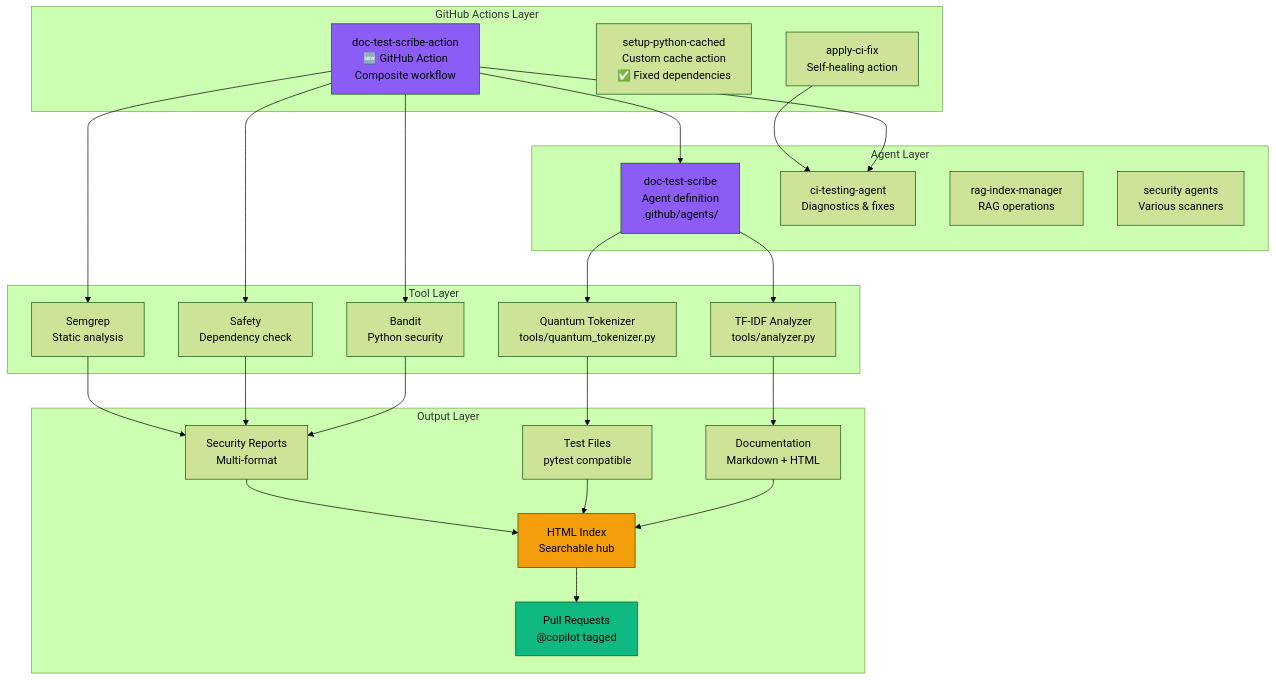
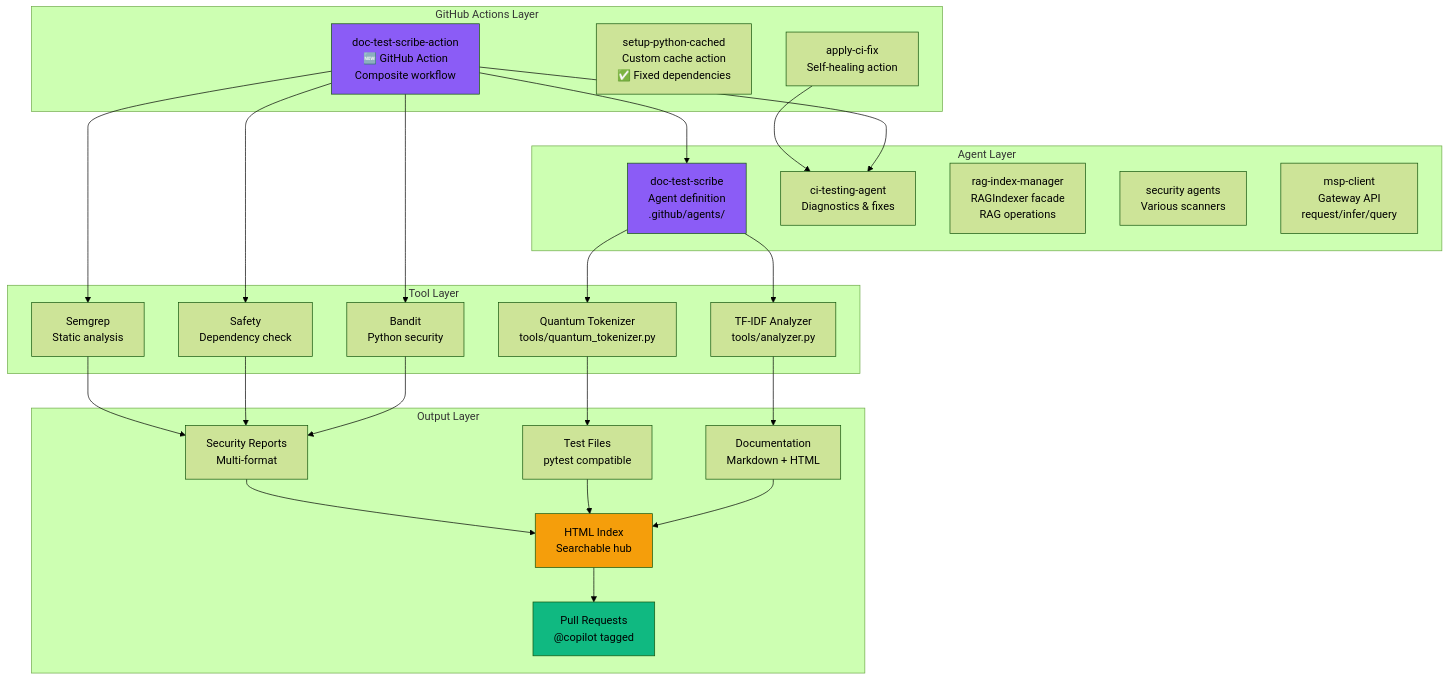
Before and after one commit to Aries-Serpent/_codex_: the seventh of 13 diagrams in docs/REPOSITORY_ARCHITECTURE_DIAGRAMS.md, drawn with Mermaid (forest theme). The commit also changed other lines of this file and 9 other files, not shown here.

First line of the commit message:
S83: Implement marshmallow 3→4 upgrade (PR #3287), make great-expectations optional, update diagrams/READMEs/knowledge-graph/cognitive-brain

````diff
--- a/docs/REPOSITORY_ARCHITECTURE_DIAGRAMS.md
+++ b/docs/REPOSITORY_ARCHITECTURE_DIAGRAMS.md
@@ -406,61 +406,62 @@
 ```mermaid
 graph TB
     subgraph "GitHub Actions Layer"
         DTS_ACTION[doc-test-scribe-action<br/>🆕 GitHub Action<br/>Composite workflow]
         SPC_ACTION[setup-python-cached<br/>Custom cache action<br/>✅ Fixed dependencies]
         FIX_ACTION[apply-ci-fix<br/>Self-healing action]
     end
     
     subgraph "Agent Layer"
         DTS_AGENT[doc-test-scribe<br/>Agent definition<br/>.github/agents/]
         CI_AGENT[ci-testing-agent<br/>Diagnostics & fixes]
-        RAG_AGENT[rag-index-manager<br/>RAG operations]
+        RAG_AGENT[rag-index-manager<br/>RAGIndexer facade<br/>RAG operations]
         SEC_AGENT[security agents<br/>Various scanners]
+        MSP_AGENT[msp-client<br/>Gateway API<br/>request/infer/query]
     end
     
     subgraph "Tool Layer"
         ANALYZER[TF-IDF Analyzer<br/>tools/analyzer.py]
         TOKENIZER[Quantum Tokenizer<br/>tools/quantum_tokenizer.py]
         BANDIT[Bandit<br/>Python security]
         SAFETY[Safety<br/>Dependency check]
         SEMGREP[Semgrep<br/>Static analysis]
     end
     
     subgraph "Output Layer"
         DOCS[Documentation<br/>Markdown + HTML]
         TESTS[Test Files<br/>pytest compatible]
         INDEX[HTML Index<br/>Searchable hub]
         REPORTS[Security Reports<br/>Multi-format]
         PRS[Pull Requests<br/>@copilot tagged]
     end
     
     %% Action to Agent connections
     DTS_ACTION --> DTS_AGENT
     DTS_ACTION --> CI_AGENT
     FIX_ACTION --> CI_AGENT
     
     %% Agent to Tool connections
     DTS_AGENT --> ANALYZER
     DTS_AGENT --> TOKENIZER
     DTS_ACTION --> BANDIT
     DTS_ACTION --> SAFETY
     DTS_ACTION --> SEMGREP
     
     %% Tool to Output connections
     ANALYZER --> DOCS
     TOKENIZER --> TESTS
     BANDIT --> REPORTS
     SAFETY --> REPORTS
     SEMGREP --> REPORTS
     
     DOCS --> INDEX
     TESTS --> INDEX
     REPORTS --> INDEX
     
     INDEX --> PRS
     
     style DTS_ACTION fill:#8b5cf6
     style DTS_AGENT fill:#8b5cf6
     style INDEX fill:#f59e0b
     style PRS fill:#10b981
 ```
````
